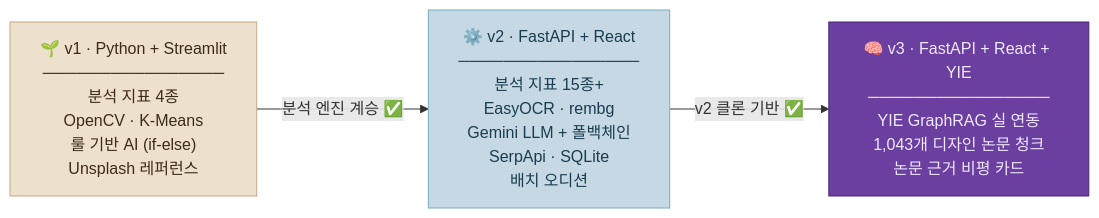
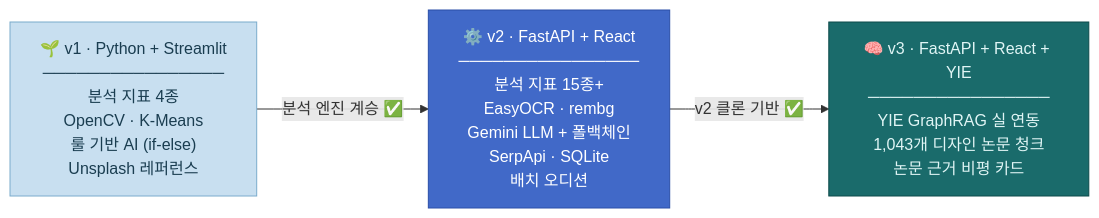
The second of 2 diagrams in README.md (hoilycat/Mood-DNA-V3), drawn with Mermaid before and after one commit.

Commit message:
Update class definitions in mermaid diagram

````diff
--- a/README.md
+++ b/README.md
@@ -148,13 +148,13 @@
 ```mermaid
 flowchart LR
-    classDef v1 fill:#EDE0CC,stroke:#C4A882,color:#3D2B1A
-    classDef v2 fill:#C5D8E3,stroke:#7AABBD,color:#1A3D50
-    classDef v3 fill:#6B3FA0,stroke:#4A2478,color:#F0E8FF
+    classDef v1 fill:#C8DFF0,stroke:#7AABCC,color:#1A3D50
+    classDef v2 fill:#4169C8,stroke:#2A4EA8,color:#FFFFFF
+    classDef v3 fill:#1A6B6B,stroke:#0D4A4A,color:#E0F5F5
  
     V1["🌱 v1 · Python + Streamlit<br>────────────────<br>분석 지표 4종<br>OpenCV · K-Means<br>룰 기반 AI (if-else)<br>Unsplash 레퍼런스"]:::v1
     V2["⚙️ v2 · FastAPI + React<br>────────────────<br>분석 지표 15종+<br>EasyOCR · rembg<br>Gemini LLM + 폴백체인<br>SerpApi · SQLite<br>배치 오디션"]:::v2
     V3["🧠 v3 · FastAPI + React + YIE<br>────────────────<br>YIE GraphRAG 실 연동<br>1,043개 디자인 논문 청크<br>논문 근거 비평 카드"]:::v3
  
     V1 -->|"분석 엔진 계승 ✅"| V2
     V2 -->|"v2 클론 기반 ✅"| V3
 ```
````
